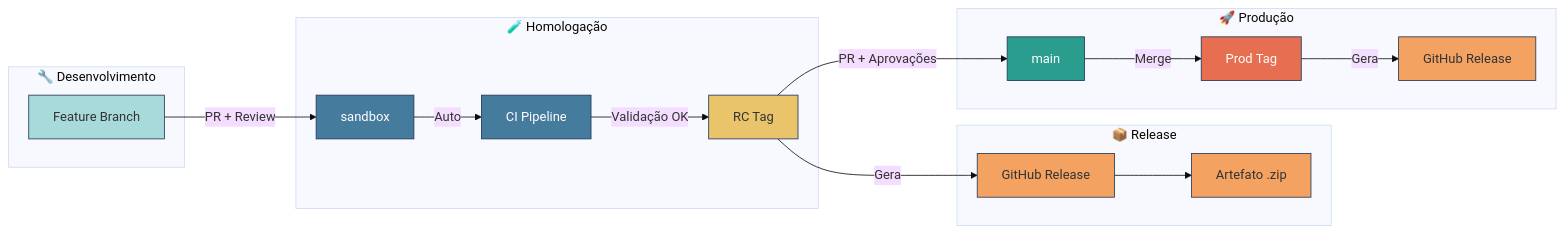
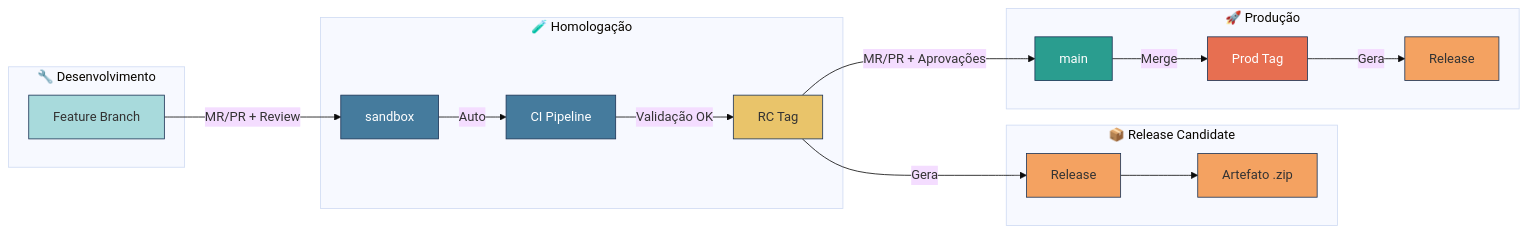
One commit to iSmart-System/menura-actions changed the second of 4 diagrams in README.md. Above: the diagram before and after it, drawn with Mermaid (base theme). The commit also changed other lines of this file, not shown here.

````diff
--- a/README.md
+++ b/README.md
@@ -63,42 +88,42 @@
 ```mermaid
 flowchart LR
     subgraph DEV["🔧 Desenvolvimento"]
         A[Feature Branch]
     end
 
     subgraph STAGING["🧪 Homologação"]
         B[sandbox]
         C[CI Pipeline]
         D[RC Tag]
     end
 
-    subgraph RELEASE["📦 Release"]
-        E[GitHub Release]
+    subgraph RELEASE["📦 Release Candidate"]
+        E[Release]
         F[Artefato .zip]
     end
 
     subgraph PROD["🚀 Produção"]
         G[main]
         H[Prod Tag]
-        I[GitHub Release]
+        I[Release]
     end
 
-    A -->|PR + Review| B
+    A -->|MR/PR + Review| B
     B -->|Auto| C
     C -->|Validação OK| D
     D -->|Gera| E
     E --> F
-    D -->|PR + Aprovações| G
+    D -->|MR/PR + Aprovações| G
     G -->|Merge| H
     H -->|Gera| I
 
     style A fill:#a8dadc,stroke:#1d3557
     style B fill:#457b9d,stroke:#1d3557,color:#fff
     style C fill:#457b9d,stroke:#1d3557,color:#fff
     style D fill:#e9c46a,stroke:#1d3557
     style E fill:#f4a261,stroke:#1d3557
     style F fill:#f4a261,stroke:#1d3557
     style G fill:#2a9d8f,stroke:#1d3557,color:#fff
     style H fill:#e76f51,stroke:#1d3557,color:#fff
     style I fill:#f4a261,stroke:#1d3557
 ```
````
